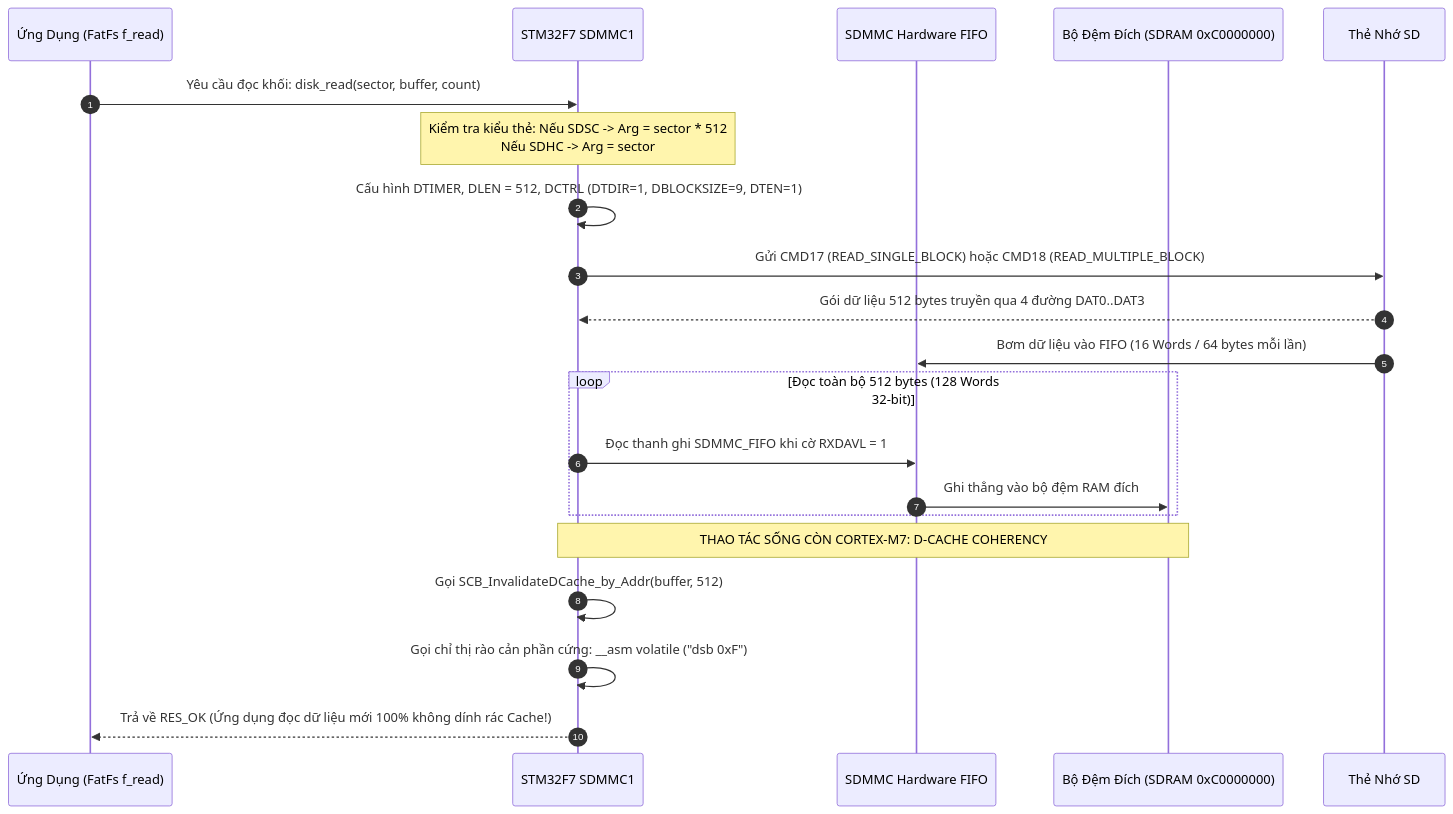
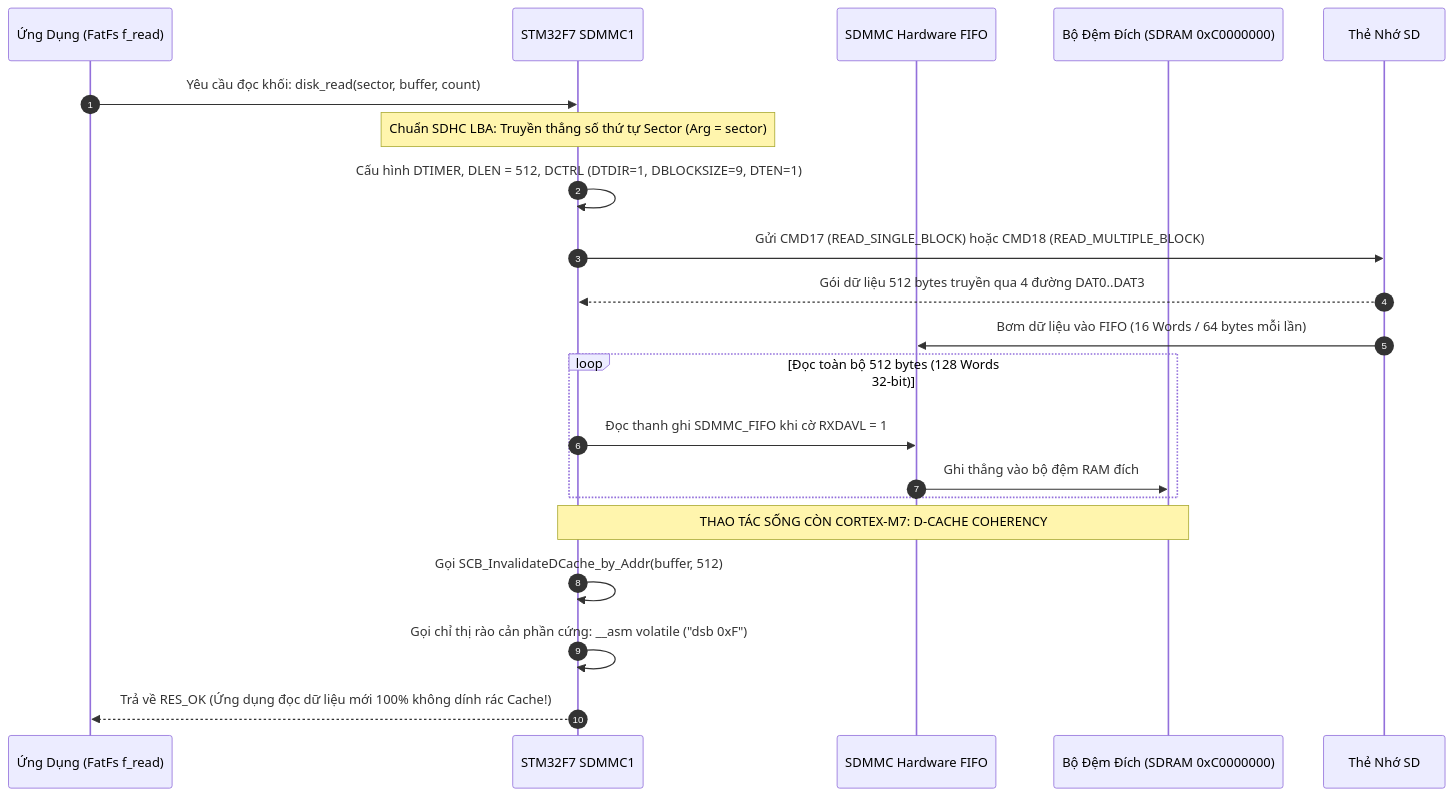
The second of 2 diagrams in sdmmc_fatfs_architecture.md (HuynhTran112/source), drawn with Mermaid before and after one commit. The commit also changed other lines of this file and 1 other file, not shown here.

````diff
--- a/sdmmc_fatfs_architecture.md
+++ b/sdmmc_fatfs_architecture.md
@@ -262,26 +249,26 @@
 ```mermaid
 sequenceDiagram
     autonumber
     participant App as Ứng Dụng (FatFs f_read)
     participant Host as STM32F7 SDMMC1
     participant FIFO as SDMMC Hardware FIFO
     participant RAM as Bộ Đệm Đích (SDRAM 0xC0000000)
     participant Card as Thẻ Nhớ SD
 
     App->>Host: Yêu cầu đọc khối: disk_read(sector, buffer, count)
-    Note over Host: Kiểm tra kiểu thẻ: Nếu SDSC -> Arg = sector * 512<br/>Nếu SDHC -> Arg = sector
+    Note over Host: Chuẩn SDHC LBA: Truyền thẳng số thứ tự Sector (Arg = sector)
     Host->>Host: Cấu hình DTIMER, DLEN = 512, DCTRL (DTDIR=1, DBLOCKSIZE=9, DTEN=1)
     Host->>Card: Gửi CMD17 (READ_SINGLE_BLOCK) hoặc CMD18 (READ_MULTIPLE_BLOCK)
     Card-->>Host: Gói dữ liệu 512 bytes truyền qua 4 đường DAT0..DAT3
     Card->>FIFO: Bơm dữ liệu vào FIFO (16 Words / 64 bytes mỗi lần)
     
     loop Đọc toàn bộ 512 bytes (128 Words 32-bit)
         Host->>FIFO: Đọc thanh ghi SDMMC_FIFO khi cờ RXDAVL = 1
         FIFO->>RAM: Ghi thẳng vào bộ đệm RAM đích
     end
 
     Note over Host,RAM: THAO TÁC SỐNG CÒN CORTEX-M7: D-CACHE COHERENCY
     Host->>Host: Gọi SCB_InvalidateDCache_by_Addr(buffer, 512)
     Host->>Host: Gọi chỉ thị rào cản phần cứng: __asm volatile ("dsb 0xF")
     Host-->>App: Trả về RES_OK (Ứng dụng đọc dữ liệu mới 100% không dính rác Cache!)
 ```
````
